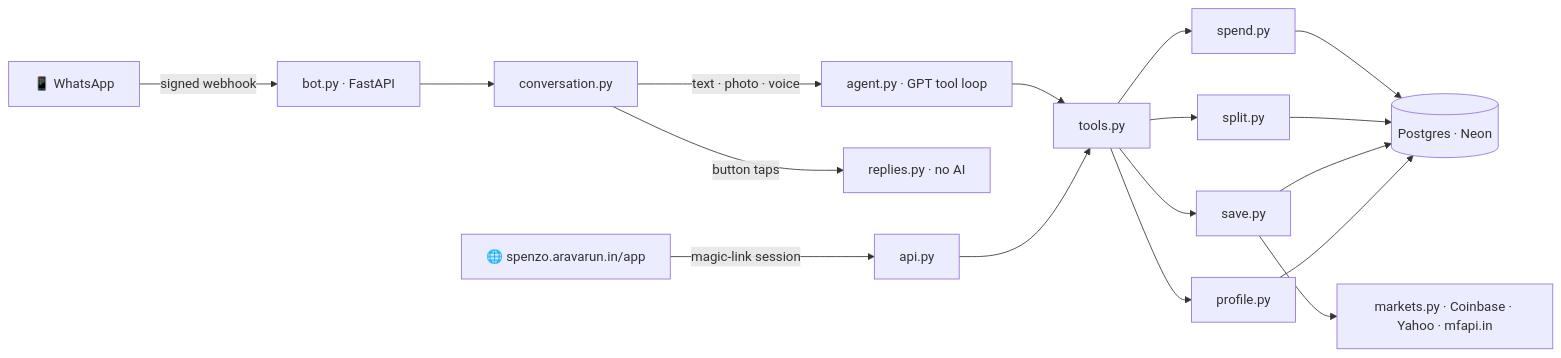
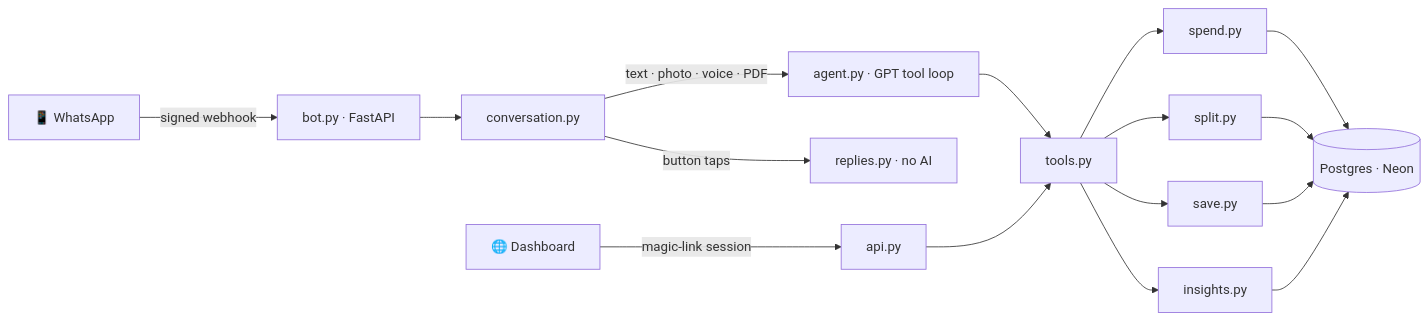
The diagram in README.md (Arav-Arun/Spenzo), drawn with Mermaid before and after one commit. The commit also changed other lines of this file and 7 other files, not shown here.

````diff
--- a/README.md
+++ b/README.md
@@ -50,13 +26,12 @@
 ```mermaid
 flowchart LR
     WA["📱 WhatsApp"] -->|"signed webhook"| BOT["bot.py · FastAPI"]
-    WEB["🌐 spenzo.aravarun.in/app"] -->|"magic-link session"| API["api.py"]
+    WEB["🌐 Dashboard"] -->|"magic-link session"| API["api.py"]
     BOT --> CONV["conversation.py"]
     CONV -->|"button taps"| REPLIES["replies.py · no AI"]
-    CONV -->|"text · photo · voice"| AGENT["agent.py · GPT tool loop"]
+    CONV -->|"text · photo · voice · PDF"| AGENT["agent.py · GPT tool loop"]
     AGENT --> TOOLS["tools.py"]
     API --> TOOLS
-    TOOLS --> SPEND["spend.py"] & SPLIT["split.py"] & SAVE["save.py"] & PROFILE["profile.py"]
-    SPEND & SPLIT & SAVE & PROFILE --> DB[("Postgres · Neon")]
-    SAVE --> MARKETS["markets.py · Coinbase · Yahoo · mfapi.in"]
+    TOOLS --> SPEND["spend.py"] & SPLIT["split.py"] & SAVE["save.py"] & SEE["insights.py"]
+    SPEND & SPLIT & SAVE & SEE --> DB[("Postgres · Neon")]
 ```
````
